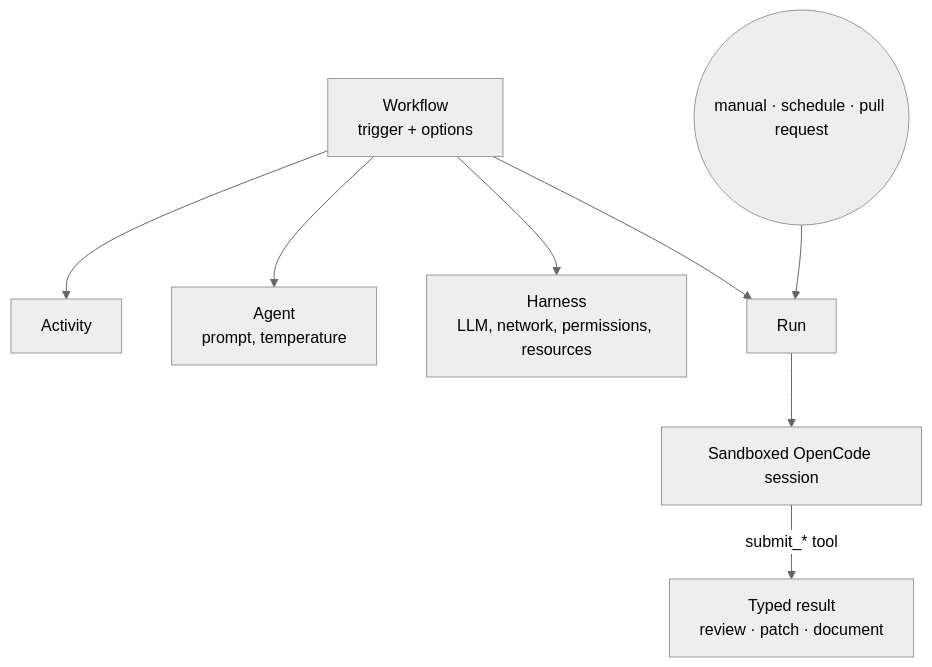
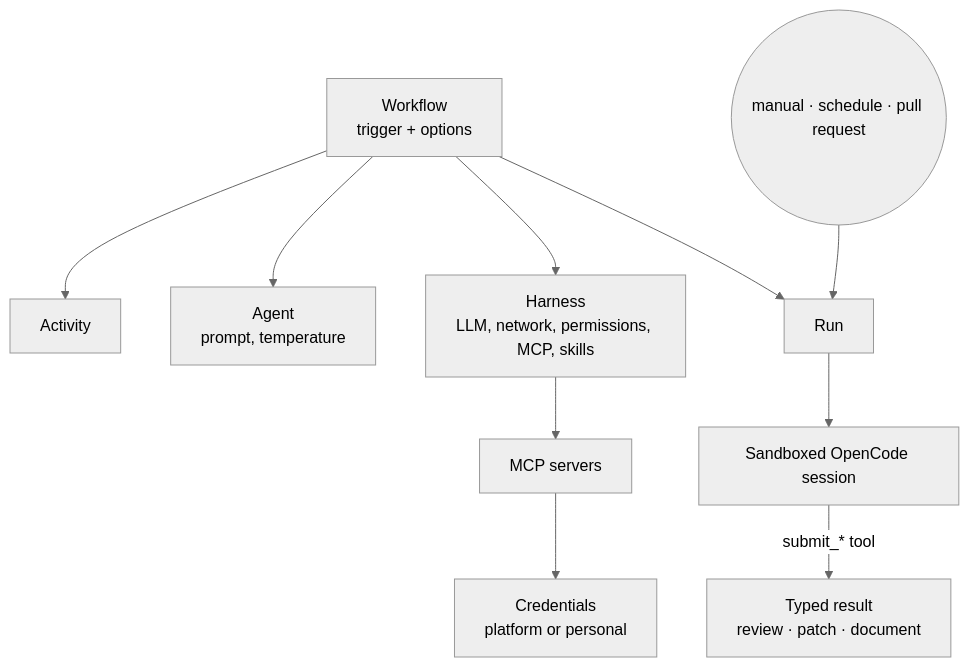
The second of 4 diagrams in README.md (alpha-prosoft/opencode-manager), drawn with Mermaid (neutral theme) before and after one commit. The commit also changed other lines of this file and 48 other files, not shown here.

First line of the commit message:
Add credentials, an MCP gateway, skills, and fork and lock for sessions

````diff
--- a/README.md
+++ b/README.md
@@ -62,10 +64,11 @@
 ```mermaid
 flowchart TB
     workflow["Workflow<br/>trigger + options"] --> activity["Activity"]
     workflow --> agent["Agent<br/>prompt, temperature"]
-    workflow --> harness["Harness<br/>LLM, network, permissions, resources"]
+    workflow --> harness["Harness<br/>LLM, network, permissions, MCP, skills"]
+    harness --> mcp["MCP servers"] --> credential["Credentials<br/>platform or personal"]
     trigger(("manual · schedule · pull request")) --> run["Run"]
     workflow --> run
     run --> session["Sandboxed OpenCode session"]
     session -- "submit_* tool" --> result["Typed result<br/>review · patch · document"]
 ```
````
